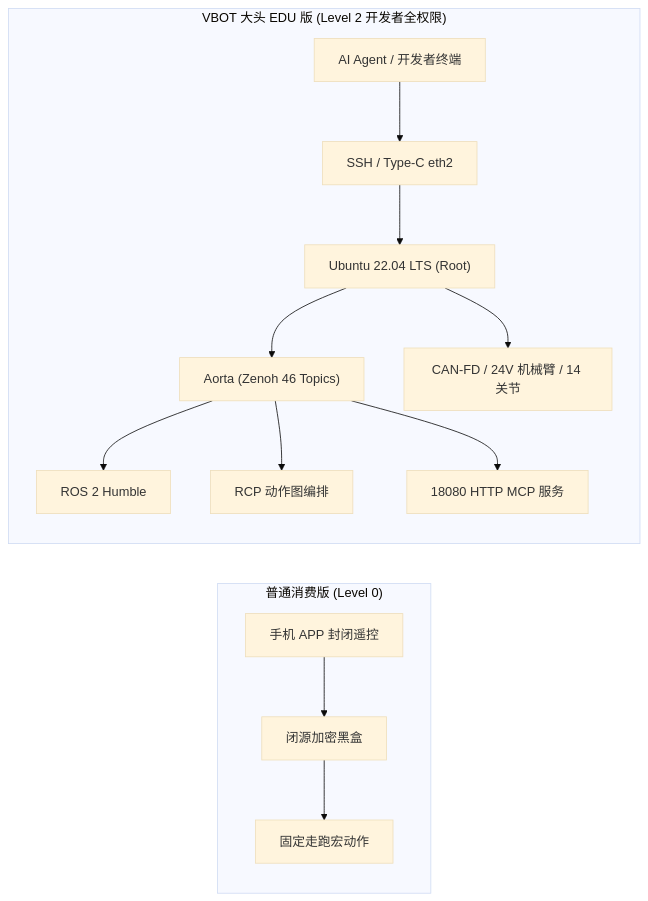
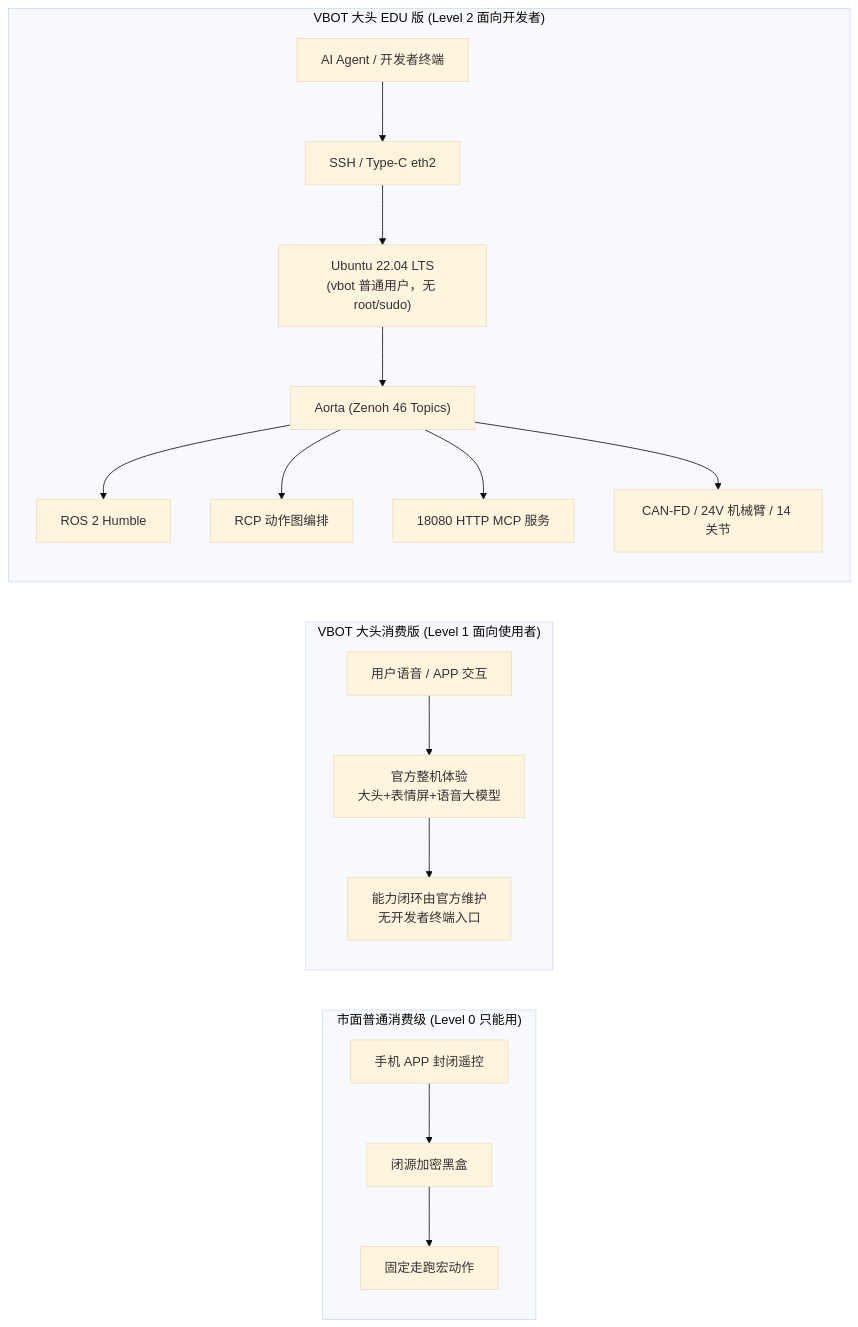
One commit to 00make/vbot-docs changed the second of 2 diagrams in 01-getting-started/1.0-vbot-edu-overview.md. Above: the diagram before and after it, drawn with Mermaid (base theme). The commit also changed other lines of this file and 10 other files, not shown here.

````diff
--- a/01-getting-started/1.0-vbot-edu-overview.md
+++ b/01-getting-started/1.0-vbot-edu-overview.md
@@ -106,17 +106,22 @@
 ```mermaid
 graph LR
-    subgraph Consumer["普通消费版 (Level 0)"]
+    subgraph Market["市面普通消费级 (Level 0 只能用)"]
         UserApp["手机 APP 封闭遥控"] --> BlackBox["闭源加密黑盒"]
         BlackBox --> FixedMotion["固定走跑宏动作"]
     end
 
-    subgraph EDU["VBOT 大头 EDU 版 (Level 2 开发者全权限)"]
+    subgraph Consumer["VBOT 大头消费版 (Level 1 面向使用者)"]
+        Owner["用户语音 / APP 交互"] --> Official["官方整机体验<br/>大头+表情屏+语音大模型"]
+        Official --> ClosedPipe["能力闭环由官方维护<br/>无开发者终端入口"]
+    end
+
+    subgraph EDU["VBOT 大头 EDU 版 (Level 2 面向开发者)"]
         Dev["AI Agent / 开发者终端"] --> SSH["SSH / Type-C eth2"]
-        SSH --> Ubuntu["Ubuntu 22.04 LTS (Root)"]
+        SSH --> Ubuntu["Ubuntu 22.04 LTS<br/>(vbot 普通用户，无 root/sudo)"]
         Ubuntu --> Aorta["Aorta (Zenoh 46 Topics)"]
         Aorta --> ROS2["ROS 2 Humble"]
         Aorta --> RCP["RCP 动作图编排"]
         Aorta --> MCP["18080 HTTP MCP 服务"]
-        Ubuntu --> HW["CAN-FD / 24V 机械臂 / 14 关节"]
+        Aorta --> HW["CAN-FD / 24V 机械臂 / 14 关节"]
     end
 ```
````
